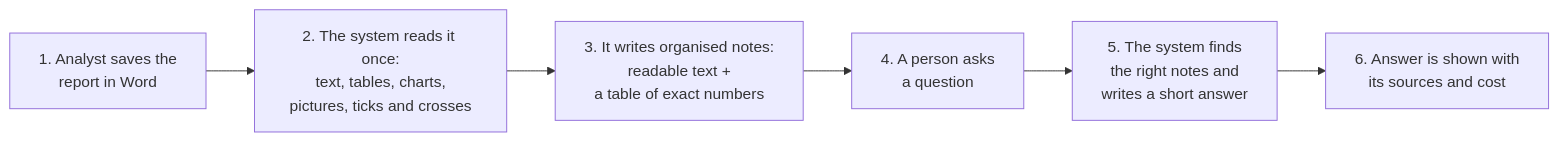
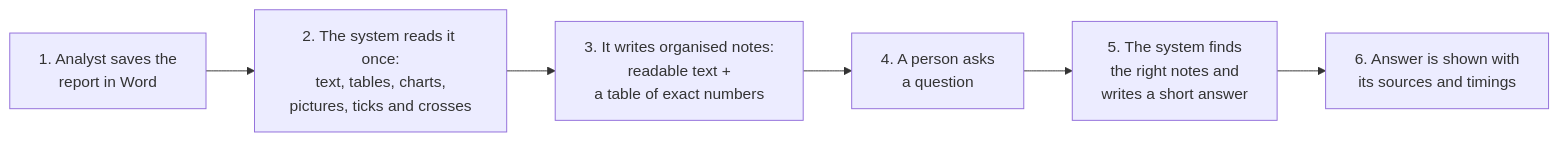
One commit to PradeepDhawanRedburn/research-ai-poc changed the second of 3 diagrams in docs/EXECUTIVE_OVERVIEW.md. Above: the diagram before and after it, drawn with Mermaid. The commit also changed other lines of this file and 33 other files, not shown here.

Commit message:
Refactor evaluation and answer handling: rename modes, remove cost calculations

````diff
--- a/docs/EXECUTIVE_OVERVIEW.md
+++ b/docs/EXECUTIVE_OVERVIEW.md
@@ -59,8 +59,8 @@
 ```mermaid
 flowchart LR
     A["1. Analyst saves the<br/>report in Word"] --> B["2. The system reads it once:<br/>text, tables, charts,<br/>pictures, ticks and crosses"]
     B --> C["3. It writes organised notes:<br/>readable text +<br/>a table of exact numbers"]
     C --> D["4. A person asks<br/>a question"]
     D --> E["5. The system finds<br/>the right notes and<br/>writes a short answer"]
-    E --> F["6. Answer is shown with<br/>its sources and cost"]
+    E --> F["6. Answer is shown with<br/>its sources and timings"]
 ```
````
